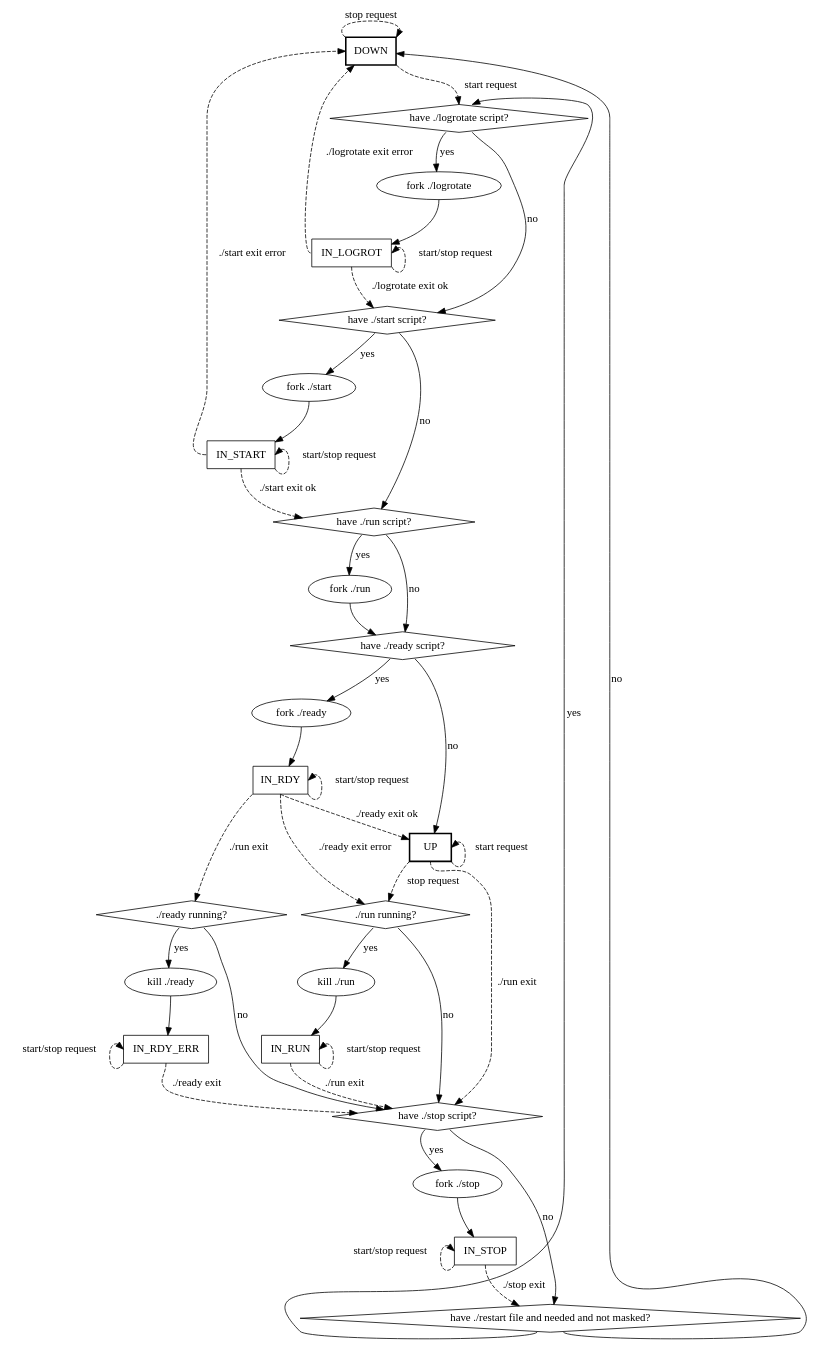
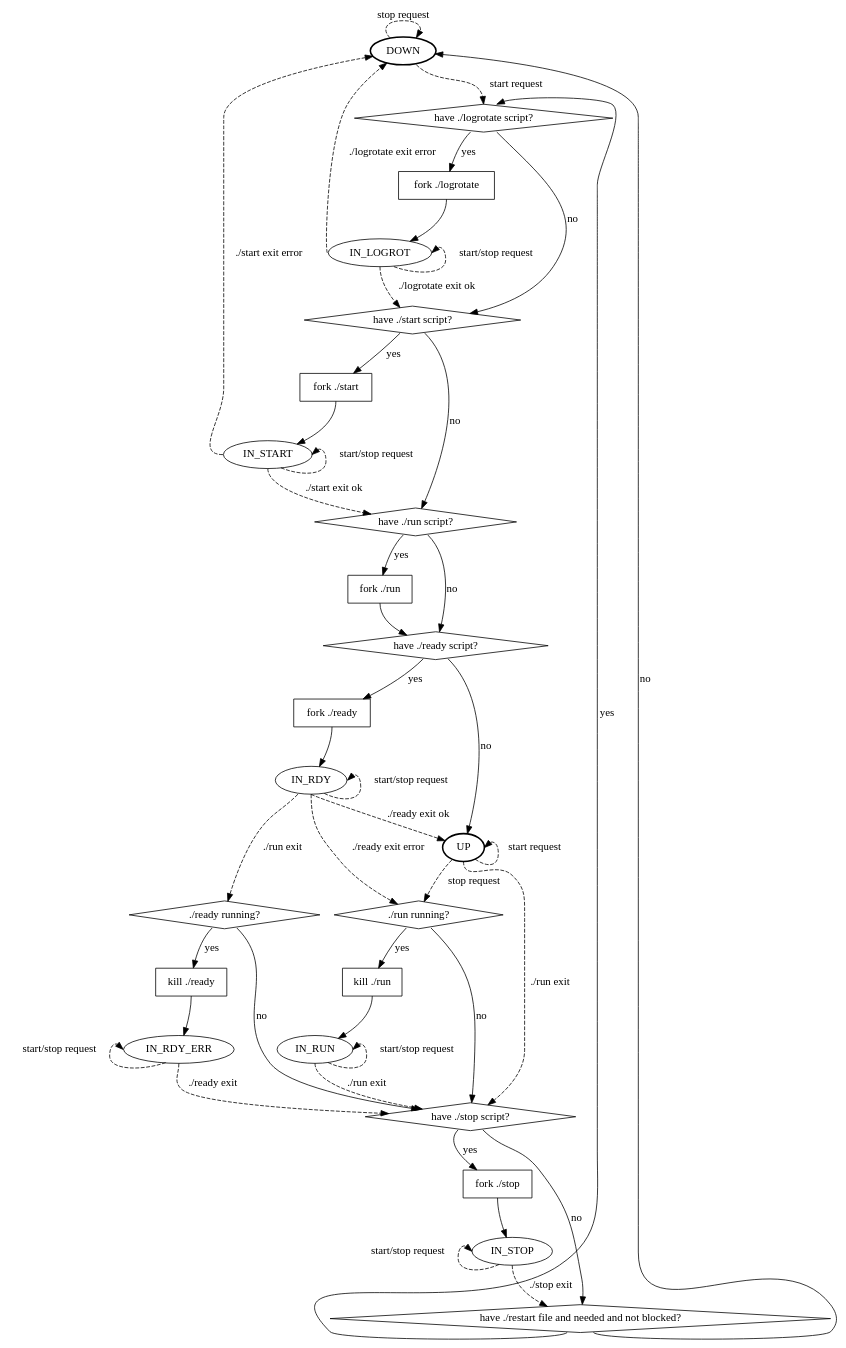
Before and after one commit to LadyBoonami/wsunit: the diagram in state_machine.dot, drawn with Graphviz. The commit also changed 10 other files, not shown here.

```diff
--- a/state_machine.dot
+++ b/state_machine.dot
@@ -1,106 +1,106 @@
 digraph {
 
-	node [shape="box"];
+	node [shape="ellipse"];
 
 	DOWN [style="bold"];
 	IN_LOGROT;
 	IN_START;
 	IN_RDY;
 	UP [style="bold"];
 	IN_RDY_ERR;
 	IN_RUN;
 	IN_STOP;
 
 
 	node [shape="diamond"];
 
 	check_logrot [label="have ./logrotate script?"];
 	check_start [label="have ./start script?"];
 	check_run [label="have ./run script?"];
 	check_rdy [label="have ./ready script?"];
 	check_rdy_running [label="./ready running?"];
 	check_run_running [label="./run running?"];
 	check_stop [label="have ./stop script?"];
-	check_restart [label="have ./restart file and needed and not masked?"];
+	check_restart [label="have ./restart file and needed and not blocked?"];
 
 
-	node [shape="ellipse"];
+	node [shape="box"];
 
 	start_logrot [label="fork ./logrotate"];
 	start_start [label="fork ./start"];
 	start_run [label="fork ./run"];
 	start_rdy [label="fork ./ready"];
 	kill_rdy [label="kill ./ready"];
 	kill_run [label="kill ./run"];
 	start_stop [label="fork ./stop"];
 
 
 	edge [style="dashed"];
 
 	DOWN:se -> check_logrot:n [label="start request"];
 	DOWN:nw -> DOWN:ne [label="stop request"];
 
 	IN_LOGROT:s -> check_start [label="./logrotate exit ok"];
 	IN_LOGROT:w -> DOWN [label="./logrotate exit error"];
 	IN_LOGROT:se -> IN_LOGROT:e [label="start/stop request"];
 
 	IN_START:s -> check_run [label="./start exit ok"];
 	IN_START:w -> DOWN [label="./start exit error"];
 	IN_START:se -> IN_START:e [label="start/stop request"];
 
 	IN_RDY:s -> UP [label="./ready exit ok"];
 	IN_RDY:s -> check_run_running [label="./ready exit error"];
 	IN_RDY:sw -> check_rdy_running [label="./run exit"];
 	IN_RDY:se -> IN_RDY:e [label="start/stop request"];
 
 	UP:s -> check_stop [label="./run exit"];
 	UP:se -> UP:e [label="start request"];
 	UP:sw -> check_run_running [label="stop request"];
 
 	IN_RUN:s -> check_stop [label="./run exit"];
 	IN_RUN:se -> IN_RUN:e [label="start/stop request"];
 
 	IN_RDY_ERR:s -> check_stop [label="./ready exit"];
 	IN_RDY_ERR:sw -> IN_RDY_ERR:w [label="start/stop request"];
 
 	IN_STOP:s -> check_restart [label="./stop exit"];
 	IN_STOP:sw -> IN_STOP:w [label="start/stop request"];
 
 
 	edge [style="solid"];
 
 	check_logrot:sw -> start_logrot [label="yes"];
 	check_logrot:se -> check_start [label="no"];
 
 	check_start:sw -> start_start [label="yes"];
 	check_start:se -> check_run [label="no"];
 
 	check_run:sw -> start_run [label="yes"];
 	check_run:se -> check_rdy [label="no"];
 
 	check_rdy:sw -> start_rdy [label="yes"];
 	check_rdy:se -> UP [label="no"];
 
 	check_rdy_running:sw -> kill_rdy [label="yes"];
 	check_rdy_running:se -> check_stop [label="no"];
 
 	check_run_running:sw -> kill_run [label="yes"];
 	check_run_running:se -> check_stop [label="no"];
 
 	check_stop:sw -> start_stop [label="yes"];
 	check_stop:se -> check_restart [label="no"];
 
 	check_restart:sw -> check_logrot:ne [label="yes"];
 	check_restart:se -> DOWN [label="no"];
 
 
 	edge [style="solid"];
 
 	start_logrot:s -> IN_LOGROT;
 	start_start:s -> IN_START;
 	start_run:s -> check_rdy;
 	start_rdy:s -> IN_RDY;
 	kill_rdy:s -> IN_RDY_ERR;
 	kill_run:s -> IN_RUN;
 	start_stop:s -> IN_STOP;
 }
```
